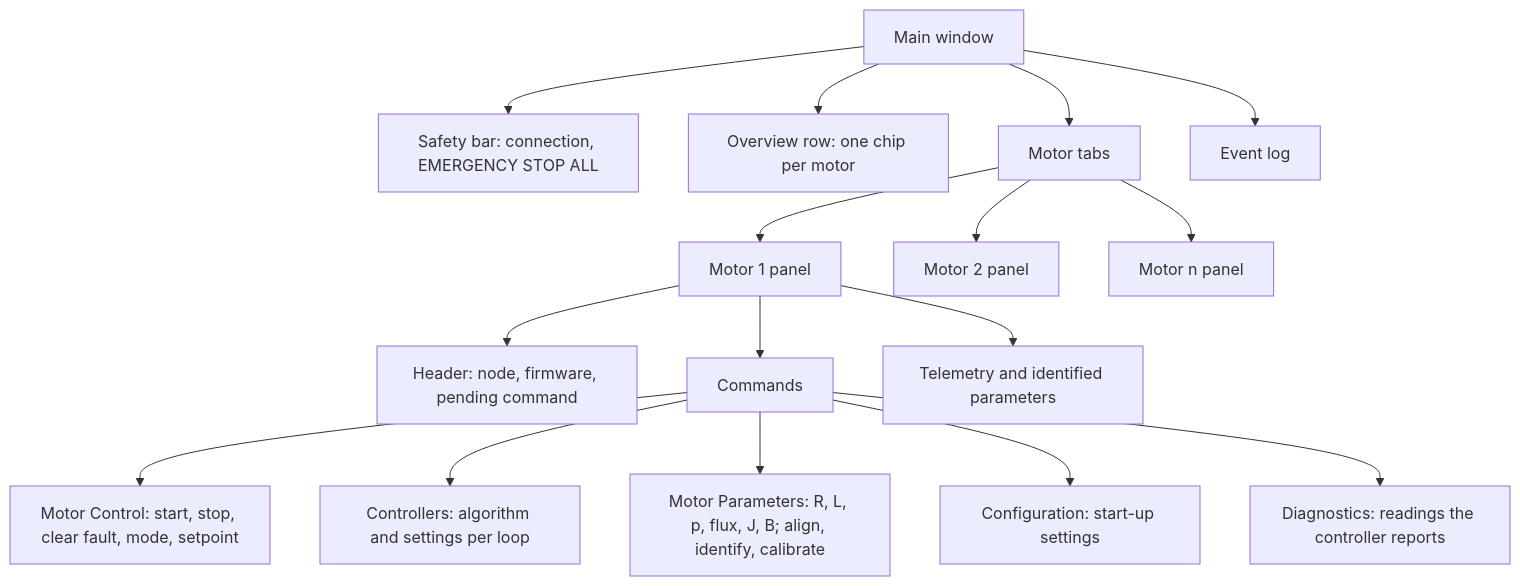
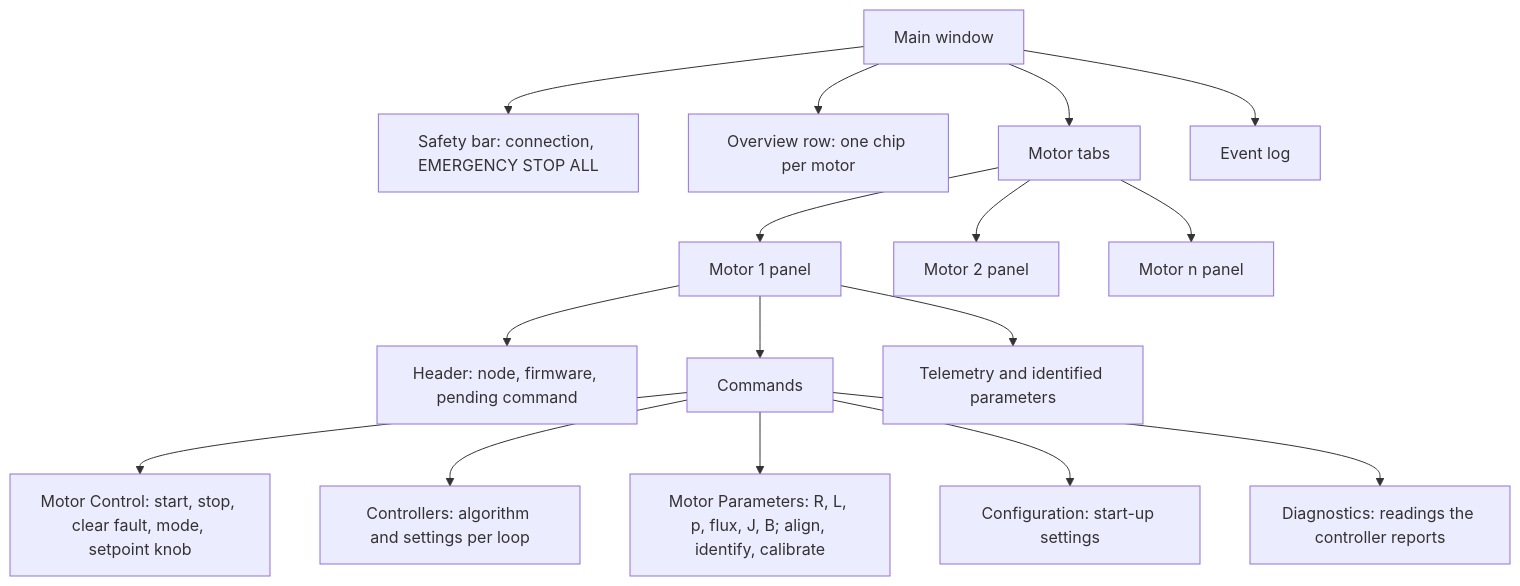
One commit to embedded-pro/e-foc changed the first of 8 diagrams in documentation/design/tool-can-commander.md. Above: the diagram before and after it, drawn with Mermaid. The commit also changed other lines of this file and 36 other files, not shown here.

First line of the commit message:
feat: keep the rotor aligned across mode switches; setpoint knobs and refused-command advice in the CAN Commander (#434)

````diff
--- a/documentation/design/tool-can-commander.md
+++ b/documentation/design/tool-can-commander.md
@@ -71,18 +71,18 @@
 ```mermaid
 graph TD
     Window["Main window"] --> Safety["Safety bar: connection, EMERGENCY STOP ALL"]
     Window --> Overview["Overview row: one chip per motor"]
     Window --> Tabs["Motor tabs"]
     Window --> Log["Event log"]
     Tabs --> M1["Motor 1 panel"]
     Tabs --> M2["Motor 2 panel"]
     Tabs --> Mn["Motor n panel"]
     M1 --> Header["Header: node, firmware, pending command"]
     M1 --> Commands["Commands"]
     M1 --> Telemetry["Telemetry and identified parameters"]
-    Commands --> Control["Motor Control: start, stop, clear fault, mode, setpoint"]
+    Commands --> Control["Motor Control: start, stop, clear fault, mode, setpoint knob"]
     Commands --> Controllers["Controllers: algorithm and settings per loop"]
     Commands --> Parameters["Motor Parameters: R, L, p, flux, J, B; align, identify, calibrate"]
     Commands --> Configuration["Configuration: start-up settings"]
     Commands --> Diagnostics["Diagnostics: readings the controller reports"]
 ```
````
